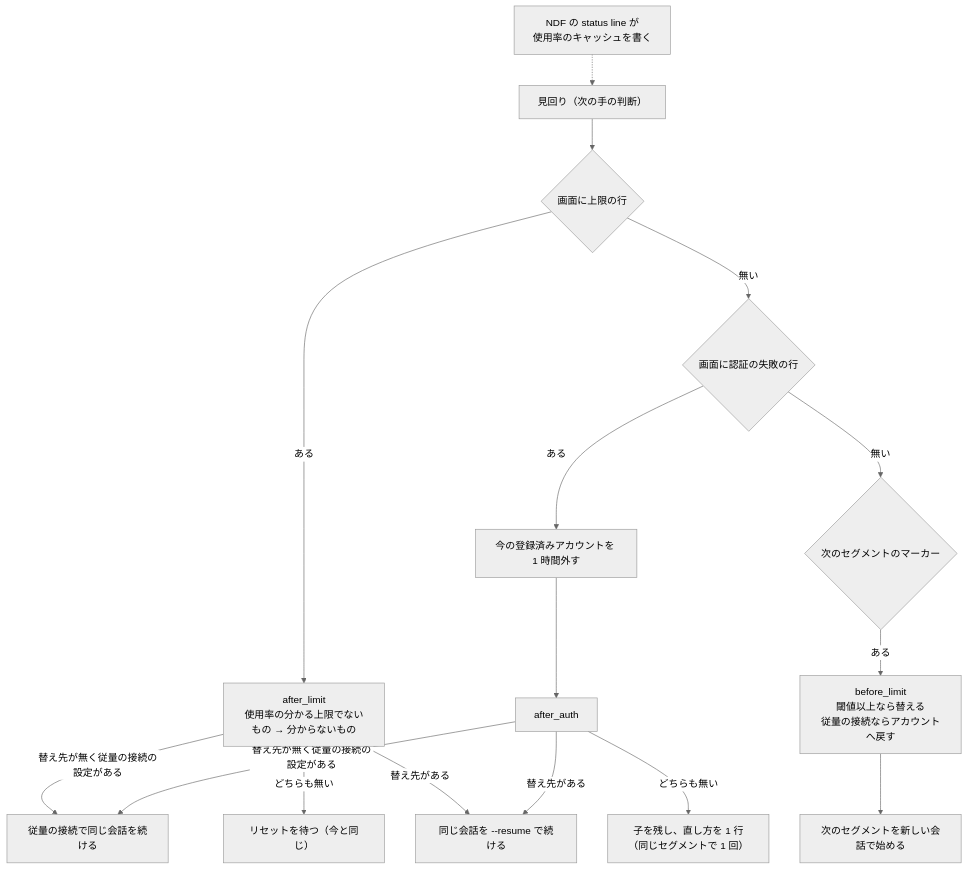
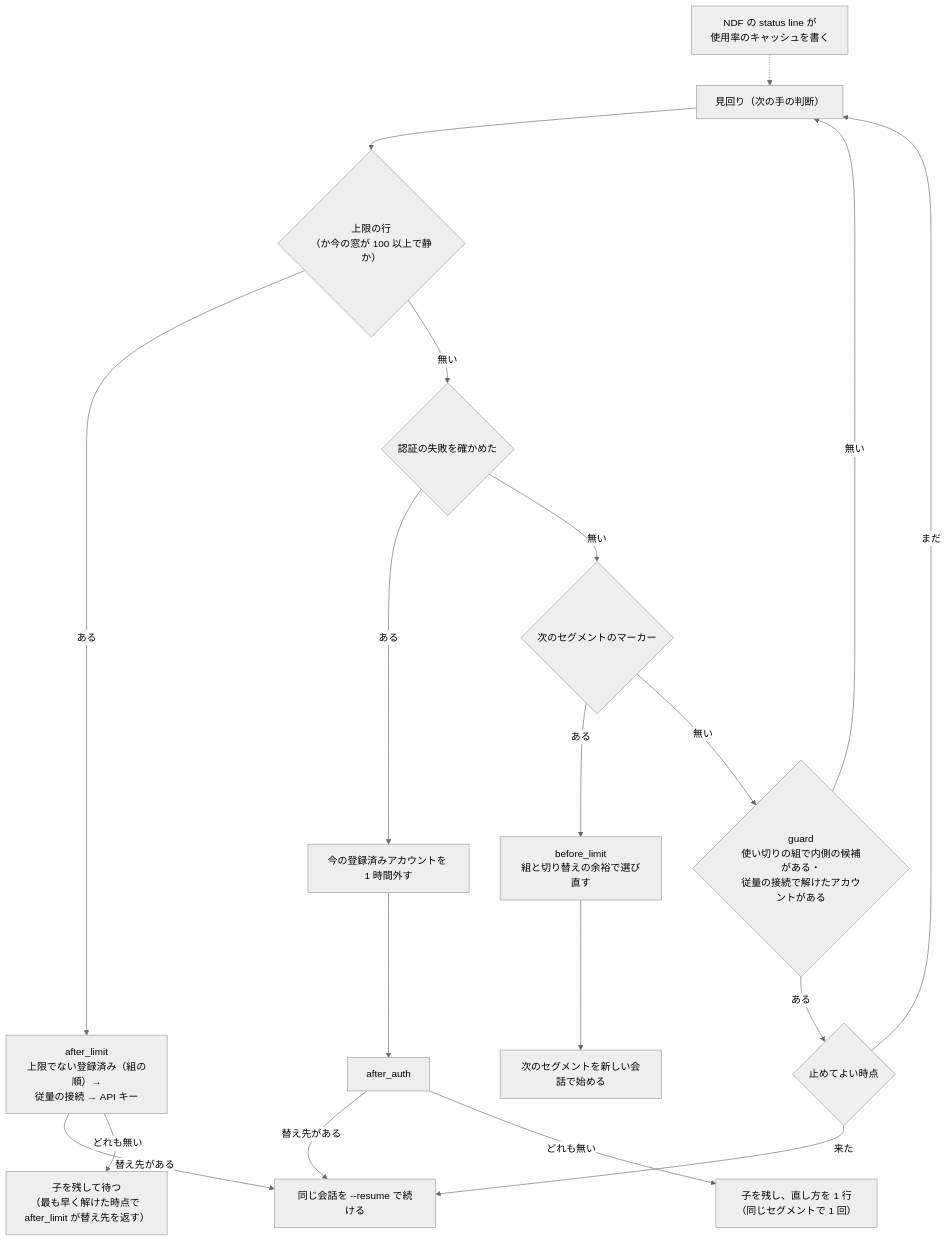
Before and after one commit to devbasex/ai-plugins: the fourth of 5 diagrams in issues/issue-3604-3864-design.md, drawn with Mermaid (neutral theme). The commit also changed other lines of this file and 4 other files, not shown here.

````diff
--- a/issues/issue-3604-3864-design.md
+++ b/issues/issue-3604-3864-design.md
@@ -201,18 +280,21 @@
 ```mermaid
 flowchart TD
   SL["NDF の status line が<br/>使用率のキャッシュを書く"] -.-> W
-  W["見回り（次の手の判断）"] --> L{"画面に上限の行"}
-  L -- "ある" --> AL["after_limit<br/>使用率の分かる上限でないもの → 分からないもの"]
-  L -- "無い" --> AU{"画面に認証の失敗の行"}
+  W["見回り（次の手の判断）"] --> L{"上限の行<br/>（か今の窓が 100 以上で静か）"}
+  L -- "ある" --> AL["after_limit<br/>上限でない登録済み（組の順）→<br/>従量の接続 → API キー"]
+  L -- "無い" --> AU{"認証の失敗を確かめた"}
   AU -- "ある" --> HD["今の登録済みアカウントを 1 時間外す"]
   HD --> AA["after_auth"]
   AU -- "無い" --> CP{"次のセグメントのマーカー"}
-  CP -- "ある" --> BL["before_limit<br/>閾値以上なら替える<br/>従量の接続ならアカウントへ戻す"]
-  AL -- "替え先が無く従量の接続の設定がある" --> MT["従量の接続で同じ会話を続ける"]
-  AA -- "替え先が無く従量の接続の設定がある" --> MT
-  AL -- "どちらも無い" --> WR["リセットを待つ（今と同じ）"]
-  AA -- "どちらも無い" --> ST["子を残し、直し方を 1 行（同じセグメントで 1 回）"]
+  CP -- "ある" --> BL["before_limit<br/>組と切り替えの余裕で選び直す"]
+  CP -- "無い" --> GD{"guard<br/>使い切りの組で内側の候補がある・<br/>従量の接続で解けたアカウントがある"}
+  GD -- "無い" --> W
+  GD -- "ある" --> SP{"止めてよい時点"}
+  SP -- "まだ" --> W
+  SP -- "来た" --> RS
   AL -- "替え先がある" --> RS["同じ会話を --resume で続ける"]
   AA -- "替え先がある" --> RS
+  AL -- "どれも無い" --> WR["子を残して待つ<br/>（最も早く解けた時点で after_limit が替え先を返す）"]
+  AA -- "どれも無い" --> ST["子を残し、直し方を 1 行（同じセグメントで 1 回）"]
   BL --> NX["次のセグメントを新しい会話で始める"]
 ```
````
